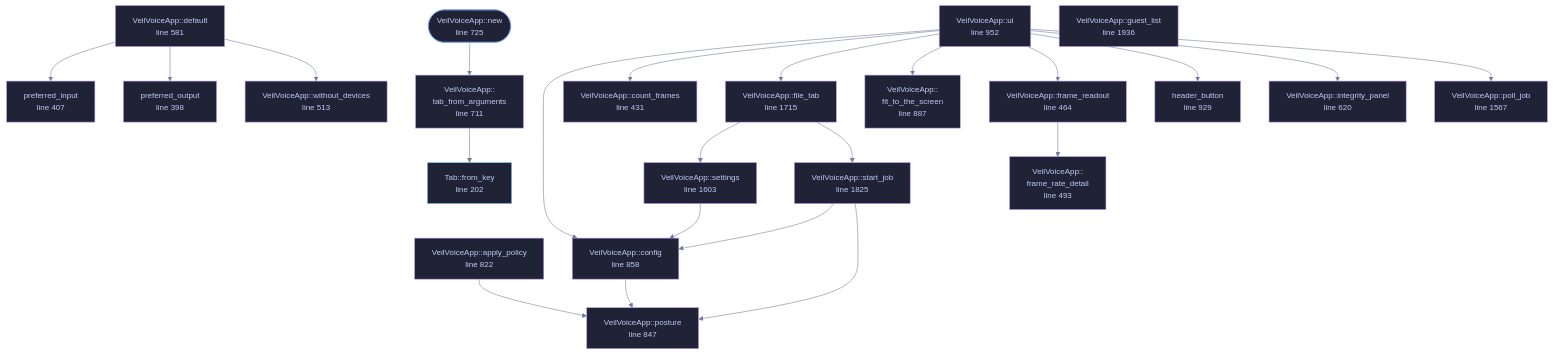
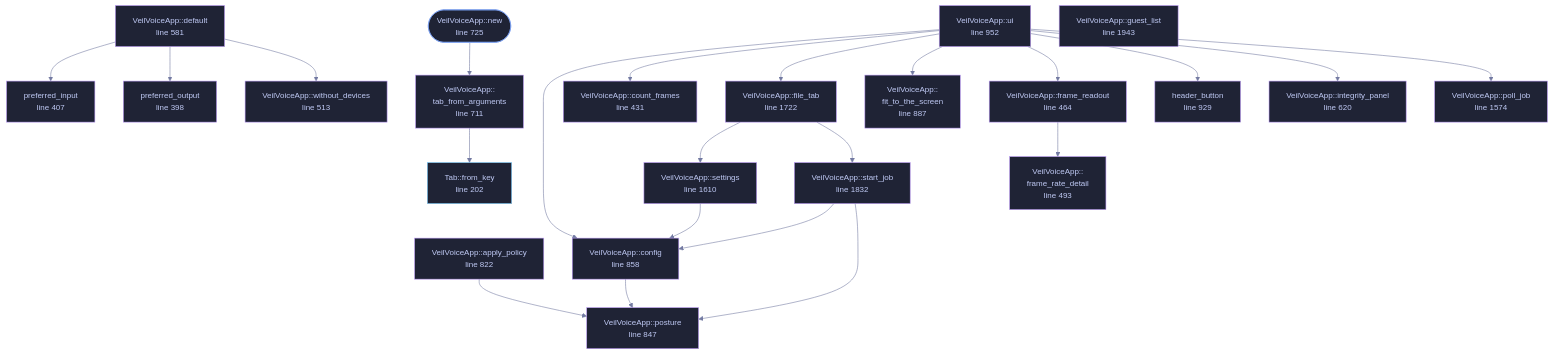
The diagram in docs/files/veilvoice-gui/app.md (tilas01/veilvoice), drawn with Mermaid before and after one commit. The commit also changed other lines of this file and 28 other files, not shown here.

````diff
--- a/docs/files/veilvoice-gui/app.md
+++ b/docs/files/veilvoice-gui/app.md
@@ -192,75 +192,75 @@
 ```mermaid
 %%{init: {"theme":"base","themeVariables":{"background":"#1a1b26","primaryColor":"#1f2335","primaryTextColor":"#c0caf5","primaryBorderColor":"#7aa2f7","secondaryColor":"#16161e","tertiaryColor":"#16161e","lineColor":"#737aa2","textColor":"#c0caf5","mainBkg":"#1f2335","nodeBorder":"#7aa2f7","clusterBkg":"#16161e","clusterBorder":"#2f3549","fontFamily":"ui-monospace, SFMono-Regular, Consolas, monospace","fontSize":"14px"}}}%%
 flowchart TD
     n_from_key["Tab::from_key<br/>line 202"]
     n_preferred_output["preferred_output<br/>line 398"]
     n_preferred_input["preferred_input<br/>line 407"]
     n_count_frames["VeilVoiceApp::count_frames<br/>line 431"]
     n_frame_readout["VeilVoiceApp::frame_readout<br/>line 464"]
     n_frame_rate_detail["VeilVoiceApp::<br/>frame_rate_detail<br/>line 493"]
     n_without_devices["VeilVoiceApp::without_devices<br/>line 513"]
     n_default["VeilVoiceApp::default<br/>line 581"]
     n_integrity_panel["VeilVoiceApp::integrity_panel<br/>line 620"]
     n_tab_from_arguments["VeilVoiceApp::<br/>tab_from_arguments<br/>line 711"]
     n_new(["VeilVoiceApp::new<br/>line 725"])
     n_apply_policy["VeilVoiceApp::apply_policy<br/>line 822"]
     n_posture["VeilVoiceApp::posture<br/>line 847"]
     n_config["VeilVoiceApp::config<br/>line 858"]
     n_fit_to_the_screen["VeilVoiceApp::<br/>fit_to_the_screen<br/>line 887"]
     n_header_button["header_button<br/>line 929"]
     n_ui["VeilVoiceApp::ui<br/>line 952"]
-    n_poll_job["VeilVoiceApp::poll_job<br/>line 1567"]
-    n_settings["VeilVoiceApp::settings<br/>line 1603"]
-    n_file_tab["VeilVoiceApp::file_tab<br/>line 1715"]
-    n_start_job["VeilVoiceApp::start_job<br/>line 1825"]
-    n_guest_list["VeilVoiceApp::guest_list<br/>line 1936"]
+    n_poll_job["VeilVoiceApp::poll_job<br/>line 1574"]
+    n_settings["VeilVoiceApp::settings<br/>line 1610"]
+    n_file_tab["VeilVoiceApp::file_tab<br/>line 1722"]
+    n_start_job["VeilVoiceApp::start_job<br/>line 1832"]
+    n_guest_list["VeilVoiceApp::guest_list<br/>line 1943"]
     n_apply_policy --> n_posture
     n_config --> n_posture
     n_default --> n_preferred_input
     n_default --> n_preferred_output
     n_default --> n_without_devices
     n_file_tab --> n_settings
     n_file_tab --> n_start_job
     n_frame_readout --> n_frame_rate_detail
     n_new --> n_tab_from_arguments
     n_settings --> n_config
     n_start_job --> n_config
     n_start_job --> n_posture
     n_tab_from_arguments --> n_from_key
     n_ui --> n_config
     n_ui --> n_count_frames
     n_ui --> n_file_tab
     n_ui --> n_fit_to_the_screen
     n_ui --> n_frame_readout
     n_ui --> n_header_button
     n_ui --> n_integrity_panel
     n_ui --> n_poll_job
     click n_from_key href "https://github.com/tilas01/veilvoice/blob/main/crates/veilvoice-gui/src/app.rs#L202" "open the source"
     click n_preferred_output href "https://github.com/tilas01/veilvoice/blob/main/crates/veilvoice-gui/src/app.rs#L398" "open the source"
     click n_preferred_input href "https://github.com/tilas01/veilvoice/blob/main/crates/veilvoice-gui/src/app.rs#L407" "open the source"
     click n_count_frames href "https://github.com/tilas01/veilvoice/blob/main/crates/veilvoice-gui/src/app.rs#L431" "open the source"
     click n_frame_readout href "https://github.com/tilas01/veilvoice/blob/main/crates/veilvoice-gui/src/app.rs#L464" "open the source"
     click n_frame_rate_detail href "https://github.com/tilas01/veilvoice/blob/main/crates/veilvoice-gui/src/app.rs#L493" "open the source"
     click n_without_devices href "https://github.com/tilas01/veilvoice/blob/main/crates/veilvoice-gui/src/app.rs#L513" "open the source"
     click n_default href "https://github.com/tilas01/veilvoice/blob/main/crates/veilvoice-gui/src/app.rs#L581" "open the source"
     click n_integrity_panel href "https://github.com/tilas01/veilvoice/blob/main/crates/veilvoice-gui/src/app.rs#L620" "open the source"
     click n_tab_from_arguments href "https://github.com/tilas01/veilvoice/blob/main/crates/veilvoice-gui/src/app.rs#L711" "open the source"
     click n_new href "https://github.com/tilas01/veilvoice/blob/main/crates/veilvoice-gui/src/app.rs#L725" "open the source"
     click n_apply_policy href "https://github.com/tilas01/veilvoice/blob/main/crates/veilvoice-gui/src/app.rs#L822" "open the source"
     click n_posture href "https://github.com/tilas01/veilvoice/blob/main/crates/veilvoice-gui/src/app.rs#L847" "open the source"
     click n_config href "https://github.com/tilas01/veilvoice/blob/main/crates/veilvoice-gui/src/app.rs#L858" "open the source"
     click n_fit_to_the_screen href "https://github.com/tilas01/veilvoice/blob/main/crates/veilvoice-gui/src/app.rs#L887" "open the source"
     click n_header_button href "https://github.com/tilas01/veilvoice/blob/main/crates/veilvoice-gui/src/app.rs#L929" "open the source"
     click n_ui href "https://github.com/tilas01/veilvoice/blob/main/crates/veilvoice-gui/src/app.rs#L952" "open the source"
-    click n_poll_job href "https://github.com/tilas01/veilvoice/blob/main/crates/veilvoice-gui/src/app.rs#L1567" "open the source"
-    click n_settings href "https://github.com/tilas01/veilvoice/blob/main/crates/veilvoice-gui/src/app.rs#L1603" "open the source"
-    click n_file_tab href "https://github.com/tilas01/veilvoice/blob/main/crates/veilvoice-gui/src/app.rs#L1715" "open the source"
-    click n_start_job href "https://github.com/tilas01/veilvoice/blob/main/crates/veilvoice-gui/src/app.rs#L1825" "open the source"
-    click n_guest_list href "https://github.com/tilas01/veilvoice/blob/main/crates/veilvoice-gui/src/app.rs#L1936" "open the source"
+    click n_poll_job href "https://github.com/tilas01/veilvoice/blob/main/crates/veilvoice-gui/src/app.rs#L1574" "open the source"
+    click n_settings href "https://github.com/tilas01/veilvoice/blob/main/crates/veilvoice-gui/src/app.rs#L1610" "open the source"
+    click n_file_tab href "https://github.com/tilas01/veilvoice/blob/main/crates/veilvoice-gui/src/app.rs#L1722" "open the source"
+    click n_start_job href "https://github.com/tilas01/veilvoice/blob/main/crates/veilvoice-gui/src/app.rs#L1832" "open the source"
+    click n_guest_list href "https://github.com/tilas01/veilvoice/blob/main/crates/veilvoice-gui/src/app.rs#L1943" "open the source"
     classDef entry fill:#1f2335,stroke:#7aa2f7,color:#c0caf5
     class n_new entry
     classDef api fill:#1f2335,stroke:#7dcfff,color:#c0caf5
     class n_from_key api
     classDef helper fill:#1f2335,stroke:#bb9af7,color:#c0caf5
     class n_preferred_output,n_preferred_input,n_count_frames,n_frame_readout,n_frame_rate_detail,n_without_devices,n_default,n_integrity_panel,n_tab_from_arguments,n_apply_policy,n_posture,n_config,n_fit_to_the_screen,n_header_button,n_ui,n_poll_job,n_settings,n_file_tab,n_start_job,n_guest_list helper
 ```
````
